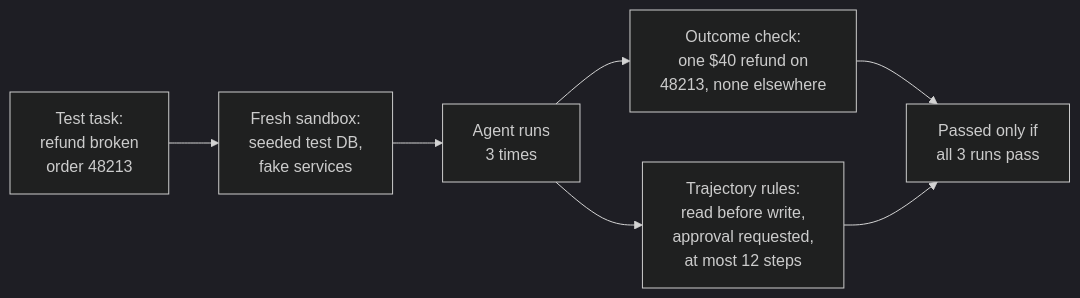
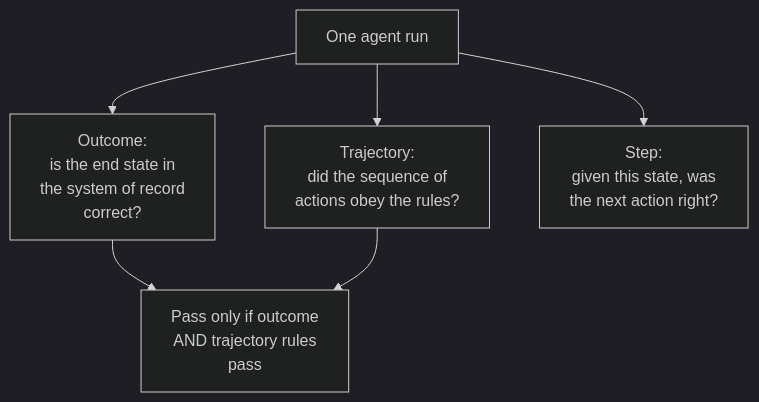
Before and after one commit to shubamchaudhary/CodeNITW: the second of 5 diagrams in src/Data/aiStackDocs/CH-09.md, drawn with Mermaid (dark theme). The commit also changed other lines of this file and 5 other files, not shown here.

First line of the commit message:
AI Stack: evals section rewritten concept-first, with a mind map

````diff
--- a/src/Data/aiStackDocs/CH-09.md
+++ b/src/Data/aiStackDocs/CH-09.md
@@ -20,9 +23,8 @@
 ```mermaid
-flowchart LR
-    TASK["Test task:<br/>refund broken<br/>order 48213"] --> ENV["Fresh sandbox:<br/>seeded test DB,<br/>fake services"]
-    ENV --> RUN["Agent runs<br/>3 times"]
-    RUN --> OUT["Outcome check:<br/>one $40 refund on<br/>48213, none elsewhere"]
-    RUN --> TRJ["Trajectory rules:<br/>read before write,<br/>approval requested,<br/>at most 12 steps"]
-    OUT --> SC["Passed only if<br/>all 3 runs pass"]
-    TRJ --> SC
+flowchart TB
+    R["One agent run"] --> O["Outcome:<br/>is the end state in<br/>the system of record<br/>correct?"]
+    R --> T["Trajectory:<br/>did the sequence of<br/>actions obey the rules?"]
+    R --> S["Step:<br/>given this state, was<br/>the next action right?"]
+    O --> V["Pass only if outcome<br/>AND trajectory rules<br/>pass"]
+    T --> V
 ```
````
